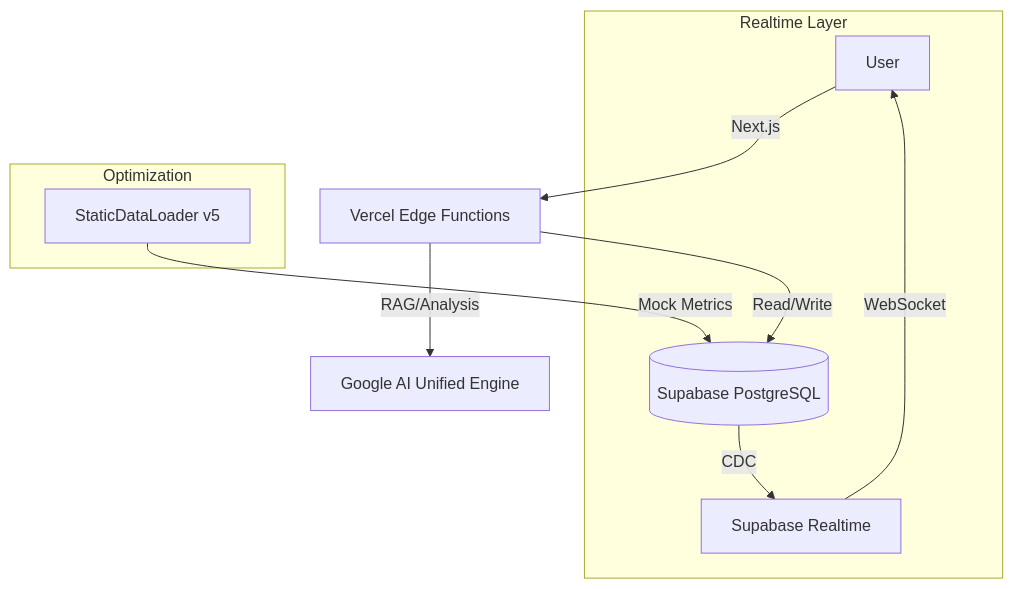
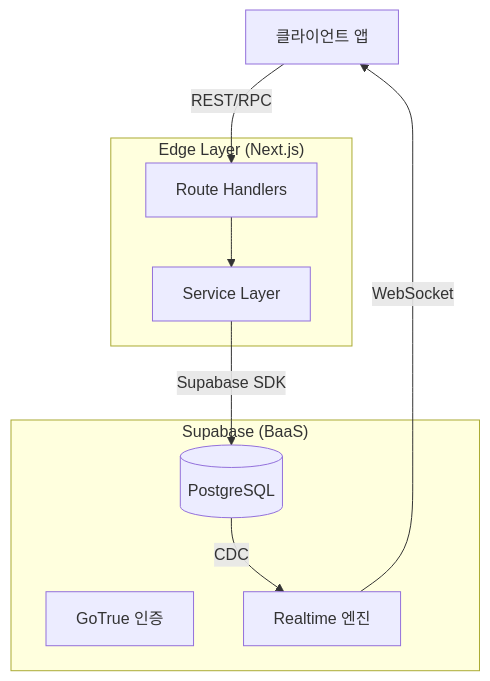
Before and after one commit to skyasu2/openmanager-vibe-v5: the second of 3 diagrams in README.md, drawn with Mermaid. The commit also changed other lines of this file and 130 other files, not shown here.

````diff
--- a/README.md
+++ b/README.md
@@ -22,15 +58,22 @@
 ```mermaid
 graph TD
-    User[User] -->|Next.js| Edge[Vercel Edge Functions]
-    Edge -->|Read/Write| DB[(Supabase PostgreSQL)]
-    Edge -->|RAG/Analysis| AI[Google AI Unified Engine]
+    Client[클라이언트 앱]
     
-    subgraph Realtime Layer
-        DB -->|CDC| Realtime[Supabase Realtime]
-        Realtime -->|WebSocket| User
+    subgraph "Edge Layer (Next.js)"
+        API[Route Handlers]
+        Service[Service Layer]
     end
-
-    subgraph Optimization
-        Static[StaticDataLoader v5] -->|Mock Metrics| DB
+    
+    subgraph "Supabase (BaaS)"
+        Auth[GoTrue 인증]
+        DB[(PostgreSQL)]
+        Realtime[Realtime 엔진]
     end
+    
+    Client -->|REST/RPC| API
+    API --> Service
+    Service -->|Supabase SDK| DB
+    
+    DB -->|CDC| Realtime
+    Realtime -->|WebSocket| Client
 ```
````
